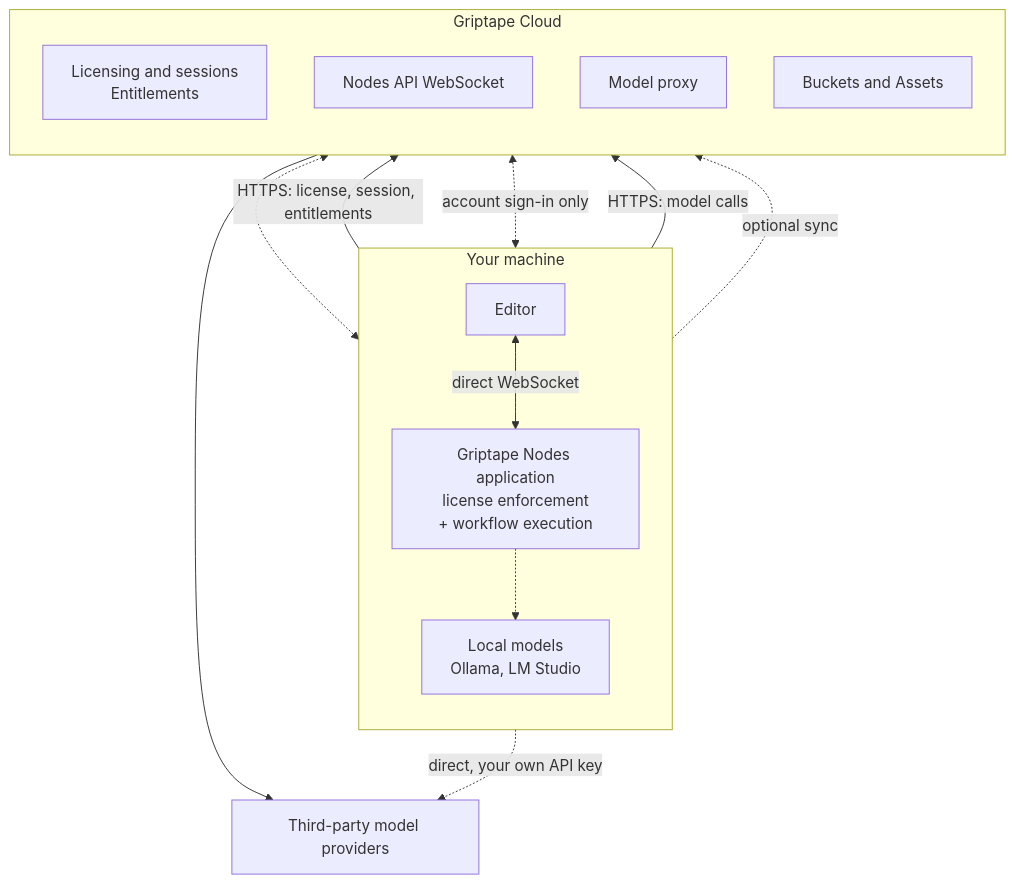
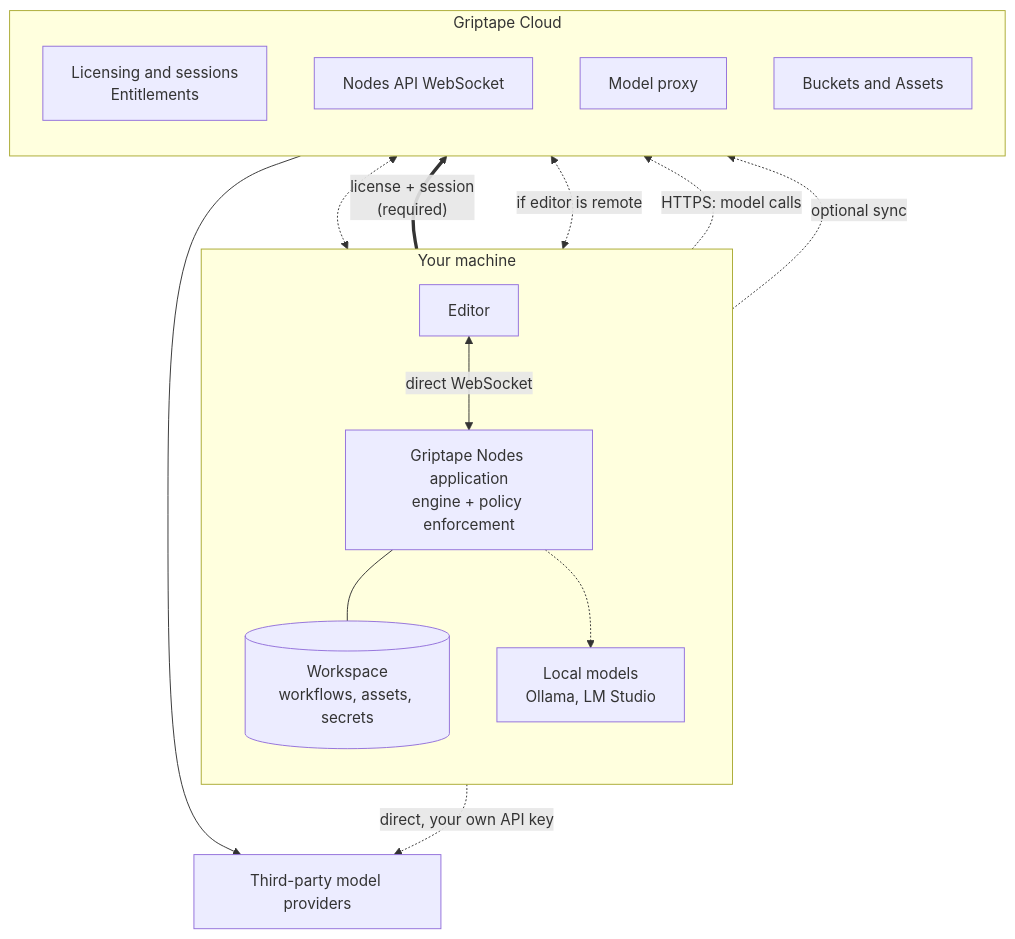
Before and after one commit to griptape-ai/griptape-nodes-engine: the first of 2 diagrams in docs/architecture.md, drawn with Mermaid. The commit also changed other lines of this file, not shown here.

First line of the commit message:
docs: refocus architecture page on components and data locality

````diff
--- a/docs/architecture.md
+++ b/docs/architecture.md
@@ -68,29 +73,31 @@
 ```mermaid
 flowchart TB
     subgraph machine["Your machine"]
         direction TB
         editor["Editor"]
-        app["Griptape Nodes application<br/>license enforcement<br/>+ workflow execution"]
+        app["Griptape Nodes application<br/>engine + policy enforcement"]
+        workspace[("Workspace<br/>workflows, assets, secrets")]
         local["Local models<br/>Ollama, LM Studio"]
         editor <-->|"direct WebSocket"| app
+        app --- workspace
         app -.-> local
     end
 
     subgraph cloud["Griptape Cloud"]
         direction TB
         control["Licensing and sessions<br/>Entitlements"]
         wsapi["Nodes API WebSocket"]
         modelproxy["Model proxy"]
         buckets["Buckets and Assets"]
     end
 
     providers["Third-party model providers"]
 
-    app -->|"HTTPS: license, session, entitlements"| control
-    editor <-.->|"account sign-in only"| wsapi
+    app ==>|"license + session<br/>(required)"| control
+    editor <-.->|"if editor is remote"| wsapi
     wsapi <-.-> app
-    app -->|"HTTPS: model calls"| modelproxy
+    app -.->|"HTTPS: model calls"| modelproxy
     app -.->|"optional sync"| buckets
     modelproxy --> providers
     app -.->|"direct, your own API key"| providers
 ```
````
